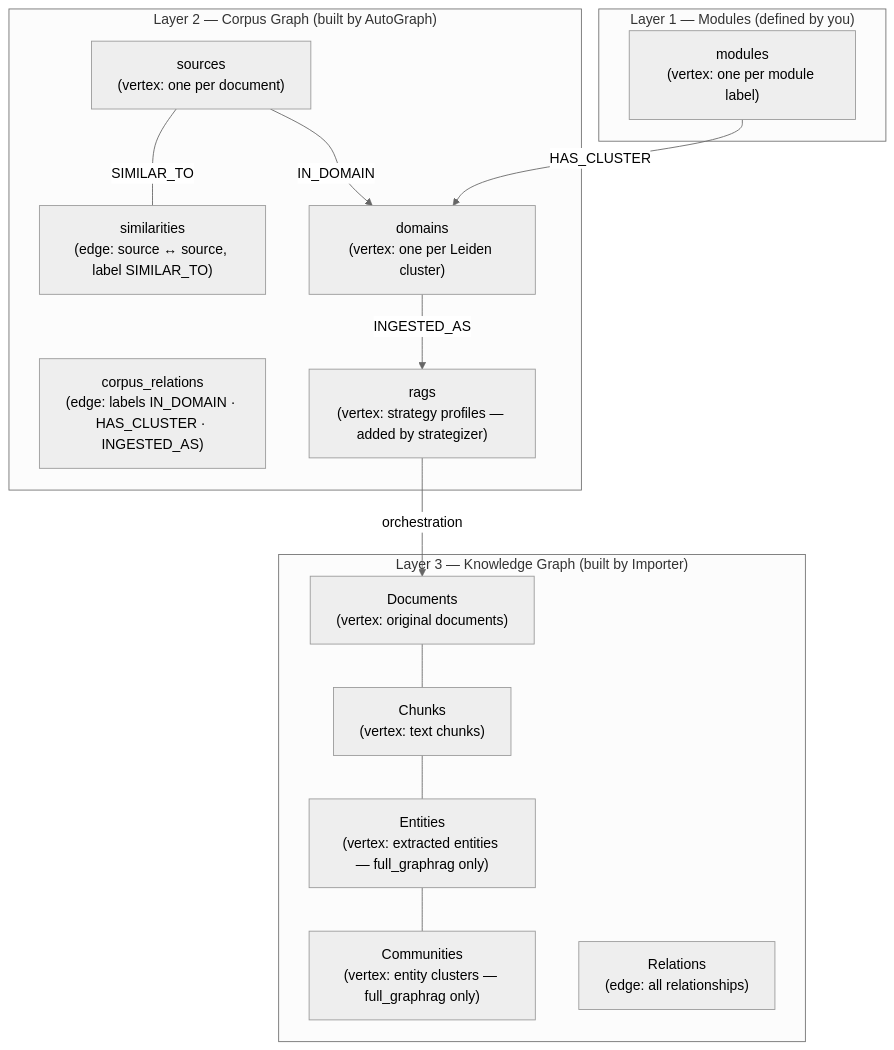
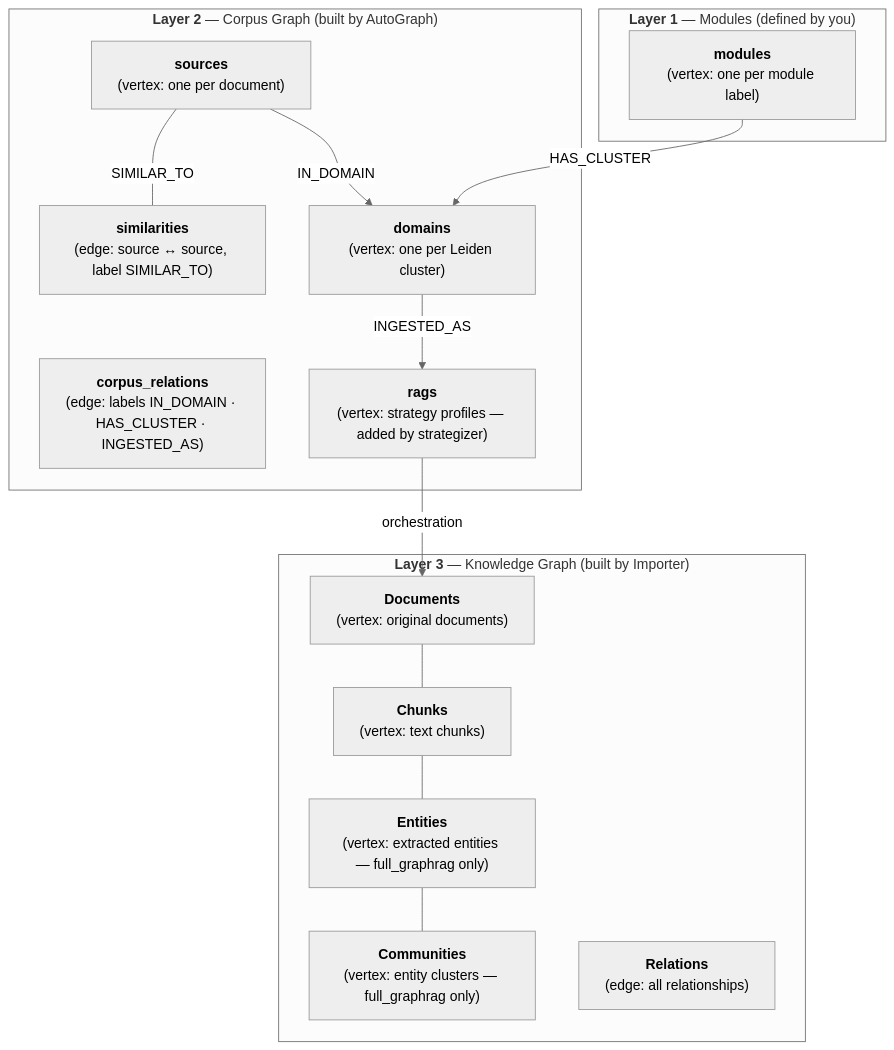
Before and after one commit to arangodb/docs-hugo: the first of 2 diagrams in site/content/agentic-ai-suite/autograph/architecture.md, drawn with Mermaid (neutral theme). The commit also changed other lines of this file and 4 other files, not shown here.

First line of the commit message:
Nicer Mermaid diagrams

````diff
--- a/site/content/agentic-ai-suite/autograph/architecture.md
+++ b/site/content/agentic-ai-suite/autograph/architecture.md
@@ -25,31 +25,42 @@
 ```mermaid
 graph TD
-  subgraph "Layer 1 — Modules  (defined by you)"
-    modules["modules\n(vertex: one per module label)"]
+  subgraph "`**Layer 1** — Modules  (defined by you)`"
+    modules["`**modules**
+      (vertex: one per module label)`"]
   end
 
-  subgraph "Layer 2 — Corpus Graph  (built by AutoGraph)"
-    sources["sources\n(vertex: one per document)"]
-    similarities["similarities\n(edge: source ↔ source, label SIMILAR_TO)"]
-    domains["domains\n(vertex: one per Leiden cluster)"]
-    corpus_relations["corpus_relations\n(edge: labels IN_DOMAIN · HAS_CLUSTER · INGESTED_AS)"]
-    rags["rags\n(vertex: strategy profiles — added by strategizer)"]
+  subgraph "`**Layer 2** — Corpus Graph  (built by AutoGraph)`"
+    sources["`**sources**
+      (vertex: one per document)`"]      
+    similarities["`**similarities**
+      (edge: source ↔ source, label SIMILAR_TO)`"]      
+    domains["`**domains**
+      (vertex: one per Leiden cluster)`"]      
+    corpus_relations["`**corpus_relations**
+      (edge: labels IN_DOMAIN · HAS_CLUSTER · INGESTED_AS)`"]      
+    rags["`**rags**
+      (vertex: strategy profiles — added by strategizer)`"]      
   end
 
-  subgraph "Layer 3 — Knowledge Graph  (built by Importer)"
-    Documents["Documents\n(vertex: original documents)"]
-    Chunks["Chunks\n(vertex: text chunks)"]
-    Entities["Entities\n(vertex: extracted entities — full_graphrag only)"]
-    Communities["Communities\n(vertex: entity clusters — full_graphrag only)"]
-    Relations["Relations\n(edge: all relationships)"]
+  subgraph "`**Layer 3** — Knowledge Graph  (built by Importer)`"
+    Documents["`**Documents**
+      (vertex: original documents)`"]
+    Chunks["`**Chunks**
+      (vertex: text chunks)`"]
+    Entities["`**Entities**
+      (vertex: extracted entities — full_graphrag only)`"]
+    Communities["`**Communities**
+      (vertex: entity clusters — full_graphrag only)`"]
+    Relations["`**Relations**
+      (edge: all relationships)`"]
   end
 
   modules -->|HAS_CLUSTER| domains
   sources ---|SIMILAR_TO| similarities
   sources -->|IN_DOMAIN| domains
   domains -->|INGESTED_AS| rags
   rags -->|orchestration| Documents
   Documents --- Chunks
   Chunks --- Entities
   Entities --- Communities
 ```
````
